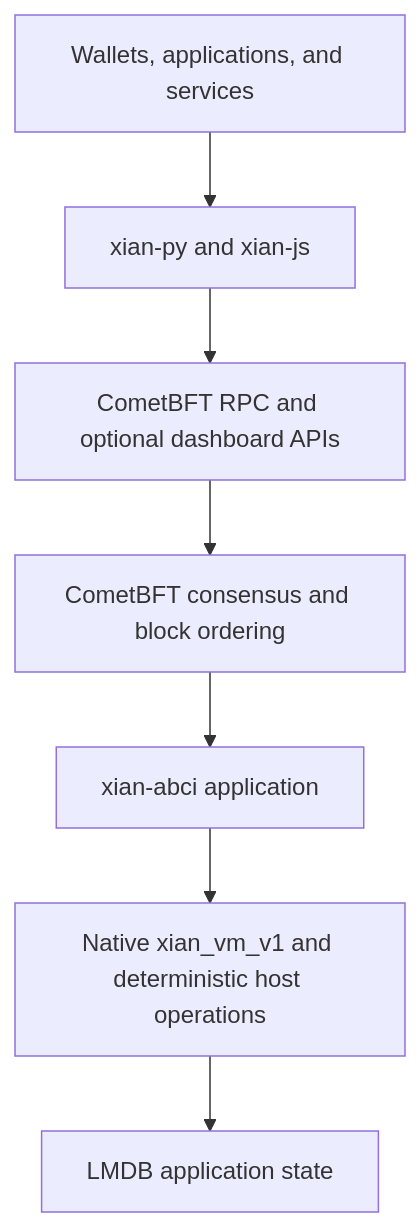
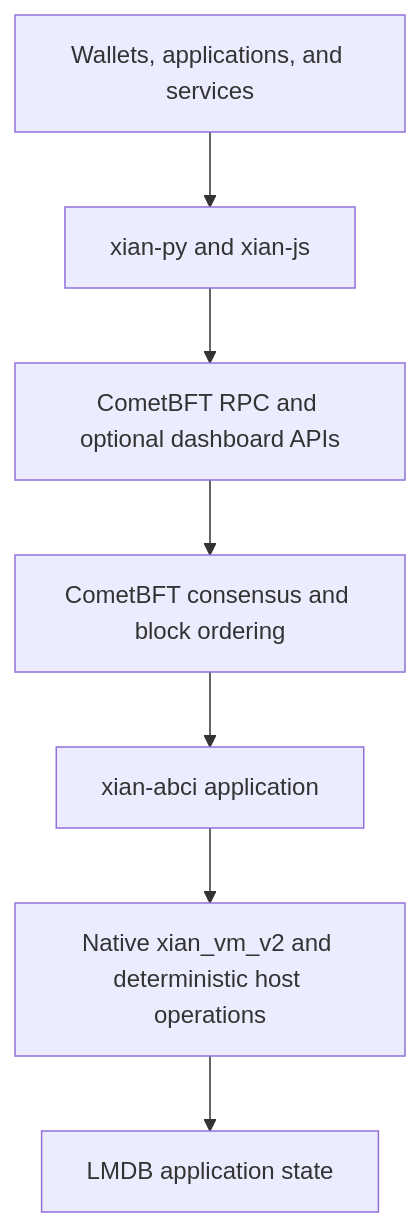
One commit to xian-technology/xian-docs-web changed the diagram in introduction/architecture-overview.md. Above: the diagram before and after it, drawn with Mermaid. The commit also changed other lines of this file and 61 other files, not shown here.

````diff
--- a/introduction/architecture-overview.md
+++ b/introduction/architecture-overview.md
@@ -9,17 +9,17 @@
 ```mermaid
 flowchart TD
   Apps["Wallets, applications, and services"]
   SDKs["xian-py and xian-js"]
   RPC["CometBFT RPC and optional dashboard APIs"]
   Comet["CometBFT consensus and block ordering"]
   ABCI["xian-abci application"]
-  Runtime["Native xian_vm_v1 and deterministic host operations"]
+  Runtime["Native xian_vm_v2 and deterministic host operations"]
   State["LMDB application state"]
 
   Apps --> SDKs
   SDKs --> RPC
   RPC --> Comet
   Comet --> ABCI
   ABCI --> Runtime
   Runtime --> State
 ```
````
